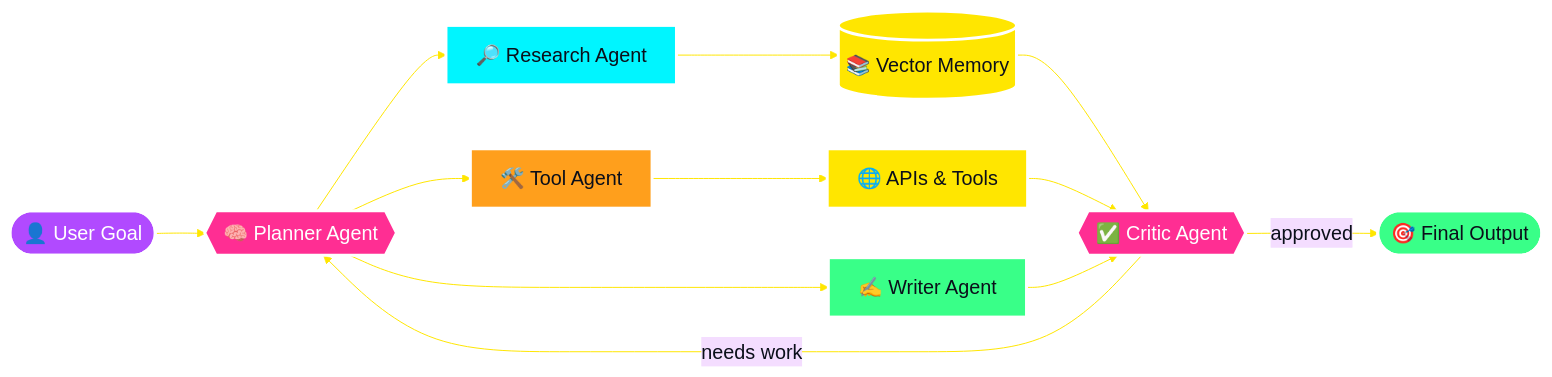
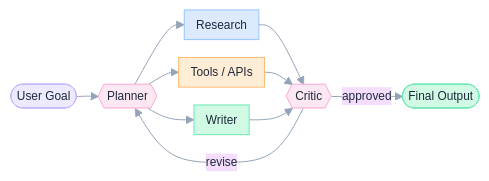
The second of 6 diagrams in README.md (CodeBy-Divya/CodeBy-Divya), drawn with Mermaid before and after one commit. The commit also changed other lines of this file, not shown here.

````diff
--- a/README.md
+++ b/README.md
@@ -187,21 +187,19 @@
 ```mermaid
-%%{init: {'theme':'base','themeVariables':{'fontSize':'20px','lineColor':'#FFE600','primaryTextColor':'#0b0f1a'}}}%%
+%%{init: {'theme':'base','themeVariables':{'fontSize':'12px','lineColor':'#94A3B8','primaryTextColor':'#1e293b'},'flowchart':{'nodeSpacing':18,'rankSpacing':22,'padding':6}}}%%
 flowchart LR
-    U([👤 User Goal]):::purple --> P{{🧠 Planner Agent}}:::pink
-    P --> R[🔎 Research Agent]:::cyan
-    P --> T[🛠️ Tool Agent]:::orange
-    P --> W[✍️ Writer Agent]:::green
-    R --> M[(📚 Vector Memory)]:::yellow
-    T --> API[🌐 APIs & Tools]:::yellow
-    M --> C{{✅ Critic Agent}}:::pink
-    API --> C
+    U([User Goal]):::purple --> P{{Planner}}:::pink
+    P --> R[Research]:::blue
+    P --> T[Tools / APIs]:::orange
+    P --> W[Writer]:::green
+    R --> C{{Critic}}:::pink
+    T --> C
     W --> C
-    C -->|needs work| P
-    C -->|approved| O([🎯 Final Output]):::green
-    classDef pink fill:#FF2E93,color:#ffffff,stroke:#ffffff,stroke-width:3px
-    classDef cyan fill:#00F5FF,color:#0b0f1a,stroke:#ffffff,stroke-width:3px
-    classDef orange fill:#FF9F1C,color:#0b0f1a,stroke:#ffffff,stroke-width:3px
-    classDef green fill:#39FF88,color:#0b0f1a,stroke:#ffffff,stroke-width:3px
-    classDef yellow fill:#FFE600,color:#0b0f1a,stroke:#ffffff,stroke-width:3px
-    classDef purple fill:#B14AFF,color:#ffffff,stroke:#ffffff,stroke-width:3px
+    C -->|revise| P
+    C -->|approved| O([Final Output]):::green
+    classDef pink fill:#FCE7F3,color:#1e293b,stroke:#F9A8D4,stroke-width:1px
+    classDef blue fill:#DBEAFE,color:#1e293b,stroke:#93C5FD,stroke-width:1px
+    classDef orange fill:#FFEDD5,color:#1e293b,stroke:#FDBA74,stroke-width:1px
+    classDef green fill:#D1FAE5,color:#1e293b,stroke:#6EE7B7,stroke-width:1px
+    classDef yellow fill:#FEF3C7,color:#1e293b,stroke:#FCD34D,stroke-width:1px
+    classDef purple fill:#EDE9FE,color:#1e293b,stroke:#C4B5FD,stroke-width:1px
 ```
````
